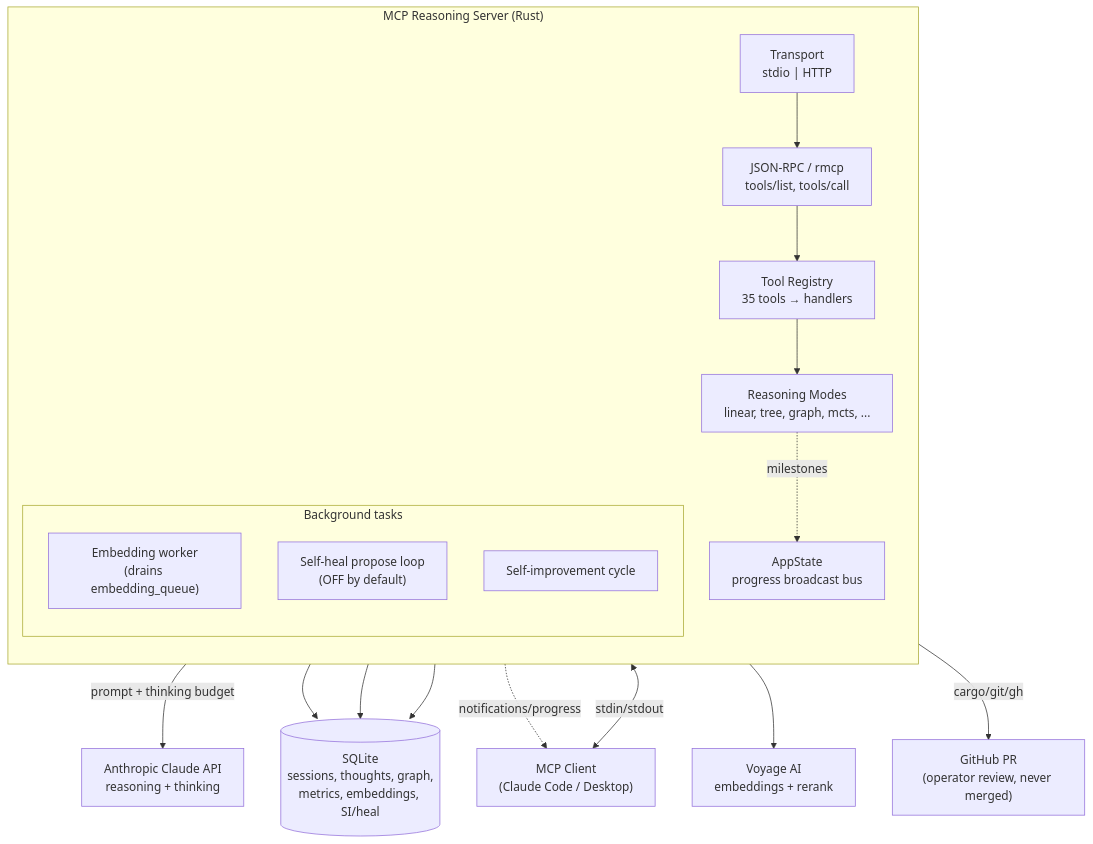
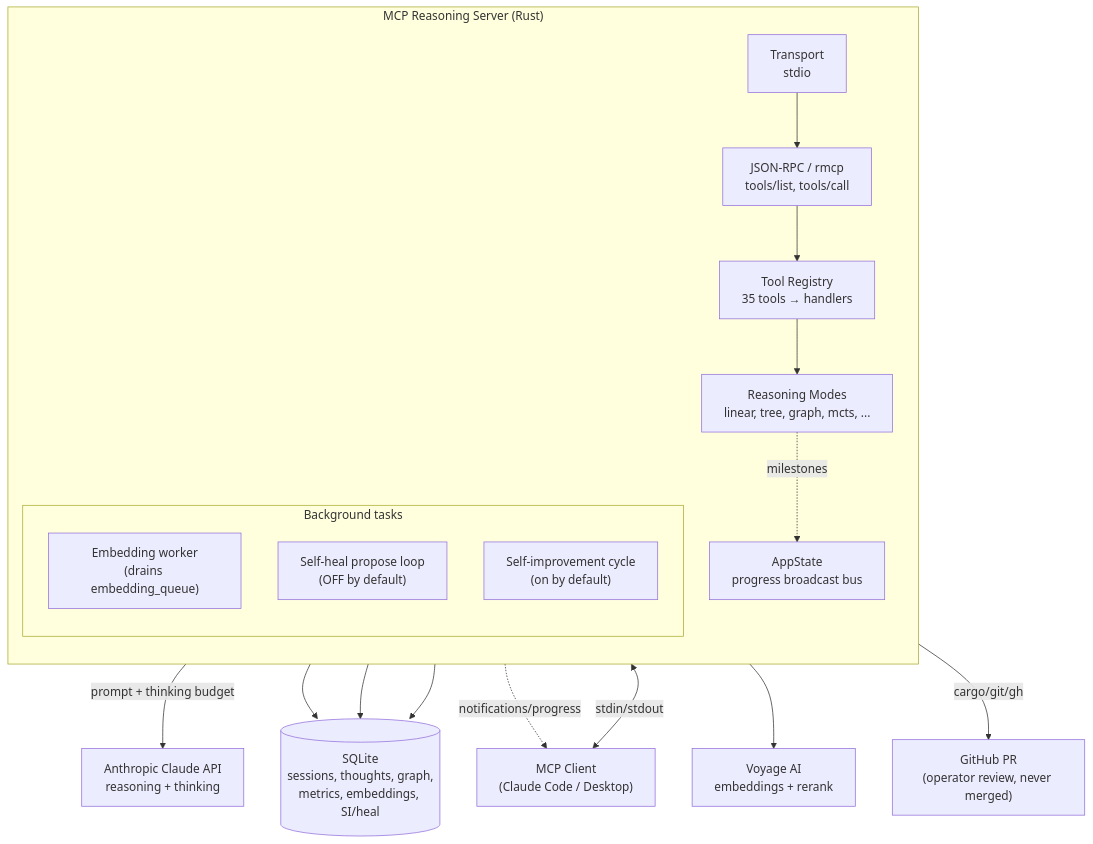
Before and after one commit to quanticsoul4772/mcp-reasoning: the first of 8 diagrams in docs/reference/END_TO_END_FLOW.md, drawn with Mermaid. The commit also changed other lines of this file, not shown here.

First line of the commit message:
docs: fix e2e-flow accuracy findings from review

````diff
--- a/docs/reference/END_TO_END_FLOW.md
+++ b/docs/reference/END_TO_END_FLOW.md
@@ -28,33 +29,33 @@
 ```mermaid
 flowchart TB
     Client["MCP Client<br/>(Claude Code / Desktop)"]
 
     subgraph Server["MCP Reasoning Server (Rust)"]
         direction TB
-        Transport["Transport<br/>stdio | HTTP"]
+        Transport["Transport<br/>stdio"]
         RPC["JSON-RPC / rmcp<br/>tools/list, tools/call"]
         Router["Tool Registry<br/>35 tools → handlers"]
         Modes["Reasoning Modes<br/>linear, tree, graph, mcts, ..."]
         State["AppState<br/>progress broadcast bus"]
         subgraph BG["Background tasks"]
             EmbedWorker["Embedding worker<br/>(drains embedding_queue)"]
             HealLoop["Self-heal propose loop<br/>(OFF by default)"]
-            SILoop["Self-improvement cycle"]
+            SILoop["Self-improvement cycle<br/>(on by default)"]
         end
     end
 
     Anthropic["Anthropic Claude API<br/>reasoning + thinking"]
     Voyage["Voyage AI<br/>embeddings + rerank"]
     SQLite[("SQLite<br/>sessions, thoughts, graph,<br/>metrics, embeddings, SI/heal")]
 
     Client <-->|"stdin/stdout"| Transport
     Transport --> RPC --> Router --> Modes
     Modes -->|"prompt + thinking budget"| Anthropic
     Modes --> SQLite
     Modes -.->|"milestones"| State
     State -.->|"notifications/progress"| Client
     EmbedWorker --> Voyage
     EmbedWorker --> SQLite
     SILoop --> SQLite
     HealLoop -->|"cargo/git/gh"| GH["GitHub PR<br/>(operator review, never merged)"]
 ```
````
